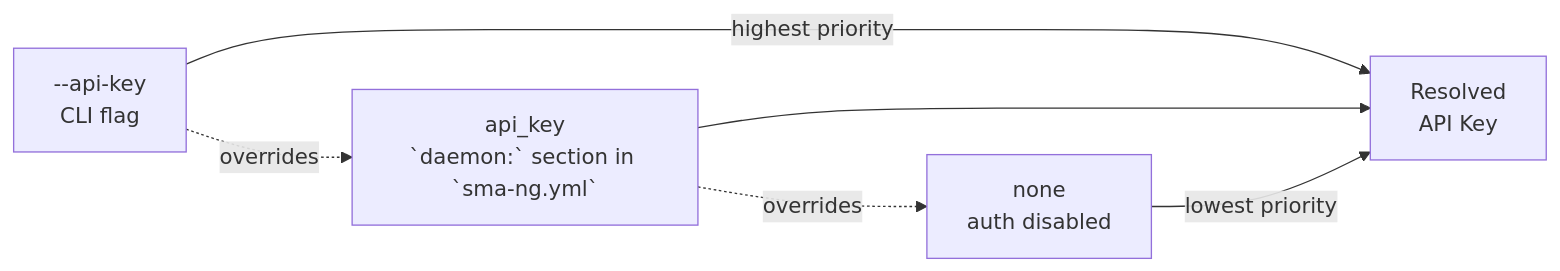
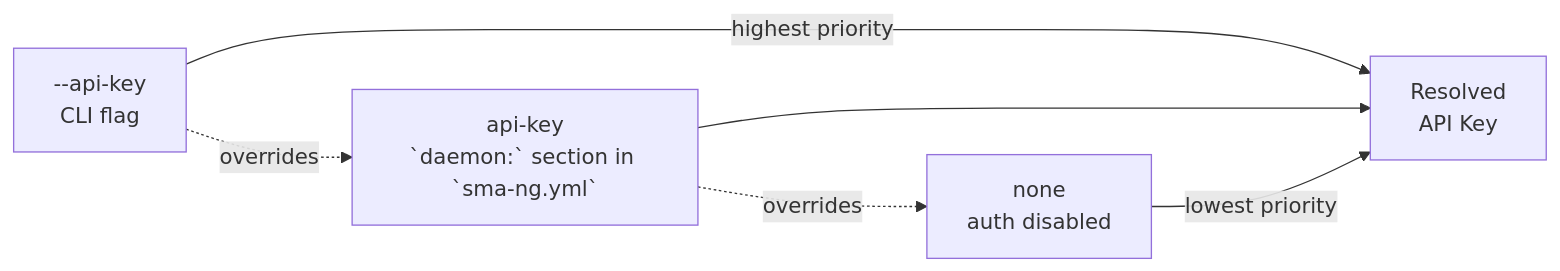
Before and after one commit to newdave/sma-ng: the first of 3 diagrams in docs/daemon.md, drawn with Mermaid. The commit also changed other lines of this file and 14 other files, not shown here.

````diff
--- a/docs/daemon.md
+++ b/docs/daemon.md
@@ -145,7 +147,7 @@
 ```mermaid
 flowchart LR
     A["--api-key\nCLI flag"] -->|highest priority| V["Resolved\nAPI Key"]
-    C["api_key\n`daemon:` section in `sma-ng.yml`"] --> V
+    C["api-key\n`daemon:` section in `sma-ng.yml`"] --> V
     D["none\nauth disabled"] -->|lowest priority| V
     A -.->|overrides| C -.->|overrides| D
 ```
````
